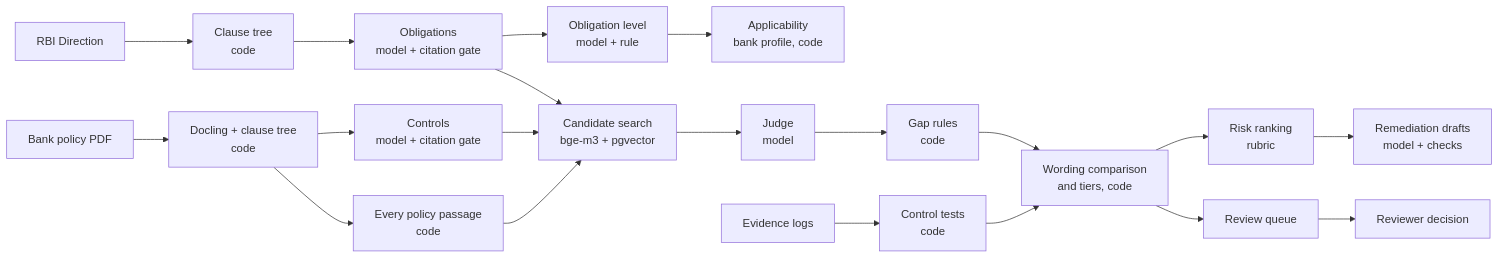
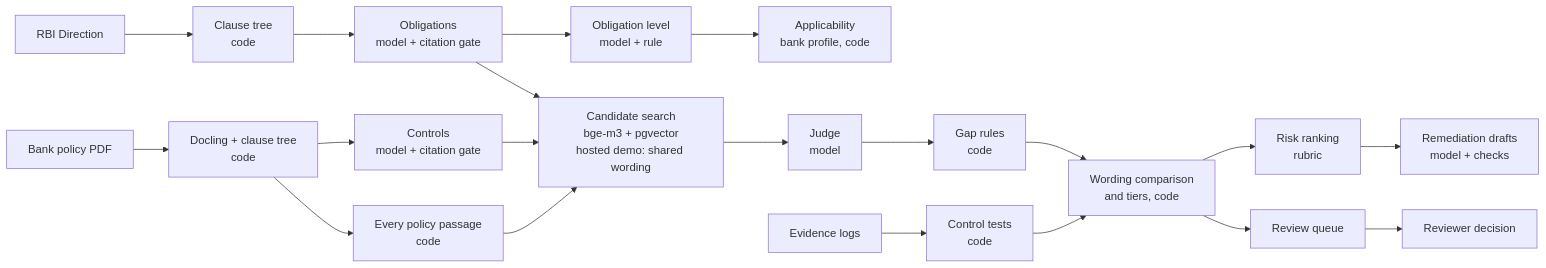
The first of 4 diagrams in docs/ARCHITECTURE.md (ashashkaWestfeild/regcompliance-agent), drawn with Mermaid before and after one commit. The commit also changed other lines of this file and 2 other files, not shown here.

````diff
--- a/docs/ARCHITECTURE.md
+++ b/docs/ARCHITECTURE.md
@@ -27,18 +28,18 @@
 ```mermaid
 flowchart LR
   R[RBI Direction] --> P1[Clause tree<br/>code]
   B[Bank policy PDF] --> P2[Docling + clause tree<br/>code]
   P1 --> E1[Obligations<br/>model + citation gate]
   P2 --> E2[Controls<br/>model + citation gate]
   P2 --> PS[Every policy passage<br/>code]
   E1 --> L[Obligation level<br/>model + rule]
   L --> AP[Applicability<br/>bank profile, code]
-  E2 --> RT[Candidate search<br/>bge-m3 + pgvector]
+  E2 --> RT[Candidate search<br/>bge-m3 + pgvector<br/>hosted demo: shared wording]
   PS --> RT
   E1 --> RT
   RT --> J[Judge<br/>model] --> G[Gap rules<br/>code]
   G --> V[Wording comparison<br/>and tiers, code]
   EV[Evidence logs] --> T[Control tests<br/>code] --> V
   V --> K[Risk ranking<br/>rubric] --> M[Remediation drafts<br/>model + checks]
   V --> Q[Review queue] --> H[Reviewer decision]
 ```
````
